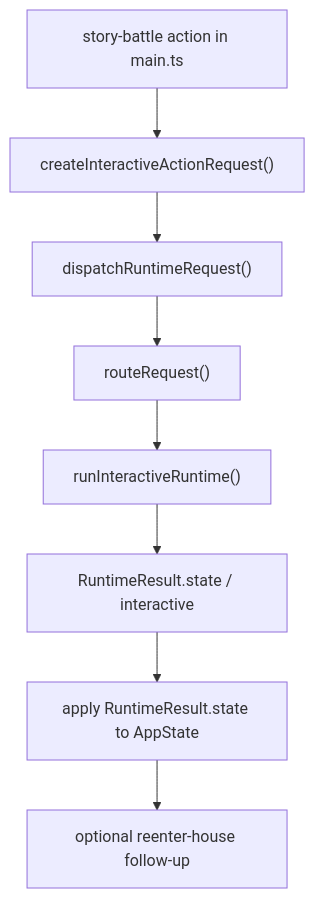
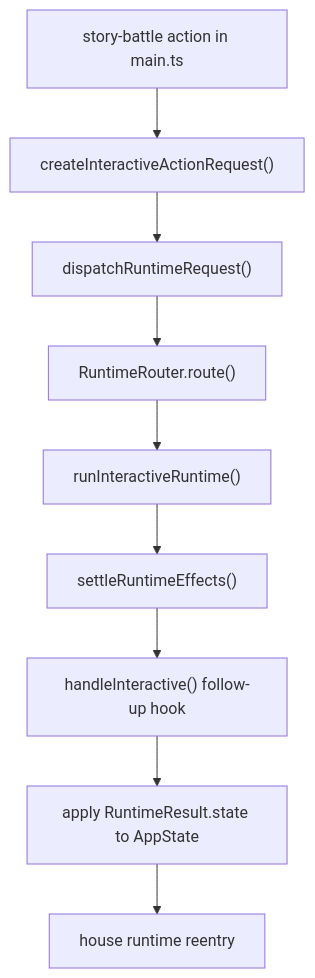
Before and after one commit to MA141277/RPG_TG: the fifth of 9 diagrams in docs/superpowers/weekly/2026-06-29-weekly-architecture-report.md, drawn with Mermaid. The commit also changed other lines of this file and 17 other files, not shown here.

````diff
--- a/docs/superpowers/weekly/2026-06-29-weekly-architecture-report.md
+++ b/docs/superpowers/weekly/2026-06-29-weekly-architecture-report.md
@@ -142,10 +142,11 @@
 ```mermaid
 flowchart TD
     A["story-battle action in main.ts"] --> B["createInteractiveActionRequest()"]
     B --> C["dispatchRuntimeRequest()"]
-    C --> D["routeRequest()"]
+    C --> D["RuntimeRouter.route()"]
     D --> E["runInteractiveRuntime()"]
-    E --> F["RuntimeResult.state / interactive"]
-    F --> G["apply RuntimeResult.state to AppState"]
-    G --> H["optional reenter-house follow-up"]
+    E --> F["settleRuntimeEffects()"]
+    F --> G["handleInteractive() follow-up hook"]
+    G --> H["apply RuntimeResult.state to AppState"]
+    H --> I["house runtime reentry"]
 ```
````
